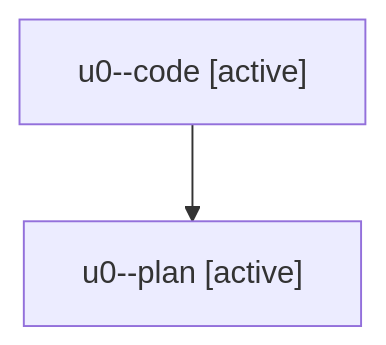
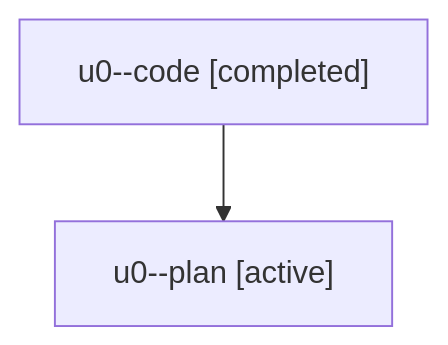
The diagram in families/bbugyi200.athena.u0.md (sase-org/sase--agents), drawn with Mermaid before and after one commit. The commit also changed other lines of this file and 4556 other files, not shown here.

````diff
--- a/families/bbugyi200.athena.u0.md
+++ b/families/bbugyi200.athena.u0.md
@@ -9,6 +9,6 @@
 ```mermaid
 flowchart TD
-  n0["u0--code [active]"]
+  n0["u0--code [completed]"]
   n1["u0--plan [active]"]
   n0 --> n1
 ```
````
